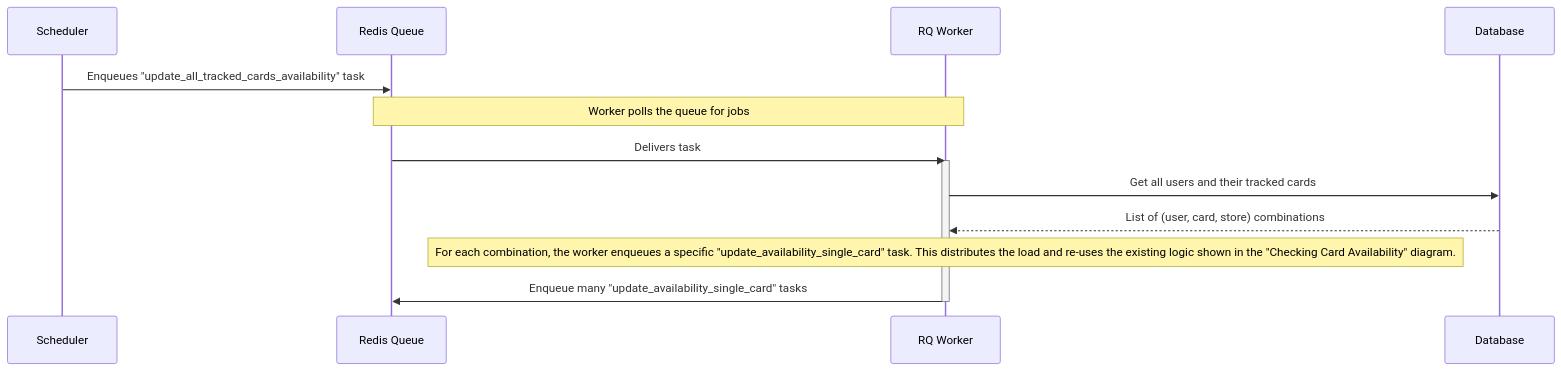
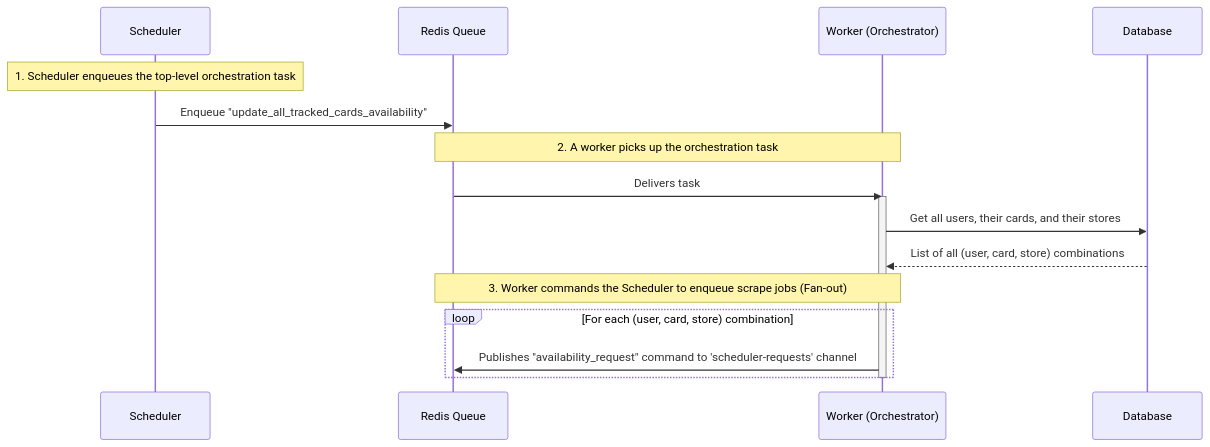
One commit to smileyface/LGS-Stock-Checker changed the seventh of 10 diagrams in docs/docs.md. Above: the diagram before and after it, drawn with Mermaid. The commit also changed other lines of this file and 42 other files, not shown here.

````diff
--- a/docs/docs.md
+++ b/docs/docs.md
@@ -239,17 +256,22 @@
 ```mermaid
 sequenceDiagram
 
 participant Scheduler
 participant Redis as Redis Queue
-participant Worker as RQ Worker
+participant OrchestratorWorker as Worker (Orchestrator)
 participant DB as Database
-Scheduler->>Redis: Enqueues "update_all_tracked_cards_availability" task
-note over Redis, Worker: Worker polls the queue for jobs
-Redis->>Worker: Delivers task
-activate Worker
-Worker->>DB: Get all users and their tracked cards
-DB-->>Worker: List of (user, card, store) combinations
-note over Worker: For each combination, the worker enqueues a specific "update_availability_single_card" task. This distributes the load and re-uses the existing logic shown in the "Checking Card Availability" diagram.
-Worker->>Redis: Enqueue many "update_availability_single_card" tasks
-deactivate Worker 
+note over Scheduler: 1. Scheduler enqueues the top-level orchestration task
+Scheduler->>Redis: Enqueue "update_all_tracked_cards_availability"
+
+note over Redis, OrchestratorWorker: 2. A worker picks up the orchestration task
+Redis->>OrchestratorWorker: Delivers task
+activate OrchestratorWorker
+OrchestratorWorker->>DB: Get all users, their cards, and their stores
+DB-->>OrchestratorWorker: List of all (user, card, store) combinations
+
+note over OrchestratorWorker, Redis: 3. Worker commands the Scheduler to enqueue scrape jobs (Fan-out)
+loop For each (user, card, store) combination
+    OrchestratorWorker->>Redis: Publishes "availability_request" command to 'scheduler-requests' channel
+end
+deactivate OrchestratorWorker
 ```
````
